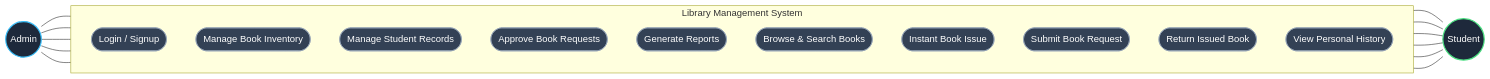
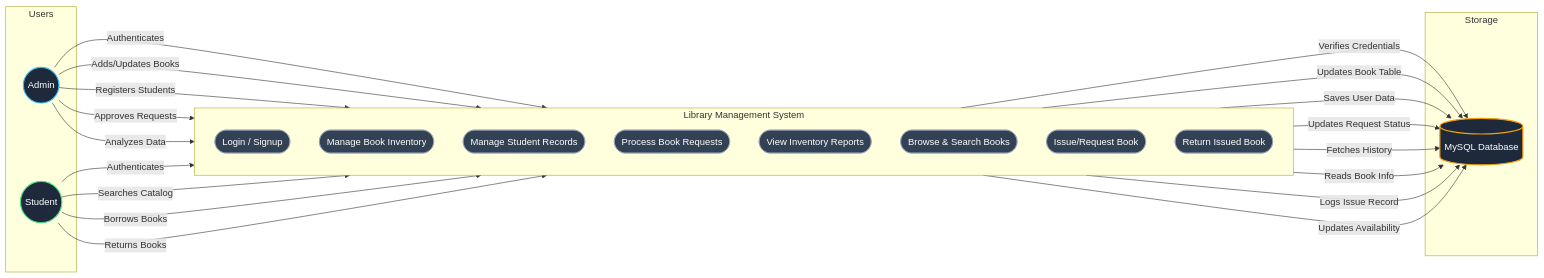
Before and after one commit to Aniruddhasain7/Library-Management-System: the diagram in README.md, drawn with Mermaid. The commit also changed other lines of this file, not shown here.

````diff
--- a/README.md
+++ b/README.md
@@ -30,48 +30,59 @@
 ```mermaid
 graph LR
-    Admin((Admin))
-    Student((Student))
+    subgraph Users
+        Admin((Admin))
+        Student((Student))
+    end
 
     subgraph "Library Management System"
         direction TB
         UC1([Login / Signup])
         UC2([Manage Book Inventory])
         UC3([Manage Student Records])
-        UC4([Approve Book Requests])
-        UC5([Generate Reports])
+        UC4([Process Book Requests])
+        UC5([View Inventory Reports])
         UC6([Browse & Search Books])
-        UC7([Instant Book Issue])
-        UC8([Submit Book Request])
-        UC9([Return Issued Book])
-        UC10([View Personal History])
+        UC7([Issue/Request Book])
+        UC8([Return Issued Book])
     end
 
-    %% Admin Connections
-    Admin --- UC1
-    Admin --- UC2
-    Admin --- UC3
-    Admin --- UC4
-    Admin --- UC5
+    subgraph Storage
+        DB[(MySQL Database)]
+    end
 
-    %% Student Connections
-    UC1 --- Student
-    UC6 --- Student
-    UC7 --- Student
-    UC8 --- Student
-    UC9 --- Student
-    UC10 --- Student
+    %% Admin Workflow
+    Admin -- "Authenticates" --> UC1
+    Admin -- "Adds/Updates Books" --> UC2
+    Admin -- "Registers Students" --> UC3
+    Admin -- "Approves Requests" --> UC4
+    Admin -- "Analyzes Data" --> UC5
+
+    %% Student Workflow
+    Student -- "Authenticates" --> UC1
+    Student -- "Searches Catalog" --> UC6
+    Student -- "Borrows Books" --> UC7
+    Student -- "Returns Books" --> UC8
+
+    %% Database Interactions
+    UC1 -- "Verifies Credentials" --> DB
+    UC2 -- "Updates Book Table" --> DB
+    UC3 -- "Saves User Data" --> DB
+    UC4 -- "Updates Request Status" --> DB
+    UC5 -- "Fetches History" --> DB
+    UC6 -- "Reads Book Info" --> DB
+    UC7 -- "Logs Issue Record" --> DB
+    UC8 -- "Updates Availability" --> DB
 
     %% Styling
     style Admin fill:#1e293b,stroke:#38bdf8,stroke-width:2px,color:#fff
     style Student fill:#1e293b,stroke:#4ade80,stroke-width:2px,color:#fff
+    style DB fill:#1e293b,stroke:#f59e0b,stroke-width:2px,color:#fff
     style UC1 fill:#334155,stroke:#94a3b8,color:#fff
     style UC2 fill:#334155,stroke:#94a3b8,color:#fff
     style UC3 fill:#334155,stroke:#94a3b8,color:#fff
     style UC4 fill:#334155,stroke:#94a3b8,color:#fff
     style UC5 fill:#334155,stroke:#94a3b8,color:#fff
     style UC6 fill:#334155,stroke:#94a3b8,color:#fff
     style UC7 fill:#334155,stroke:#94a3b8,color:#fff
     style UC8 fill:#334155,stroke:#94a3b8,color:#fff
-    style UC9 fill:#334155,stroke:#94a3b8,color:#fff
-    style UC10 fill:#334155,stroke:#94a3b8,color:#fff
 ```
````
